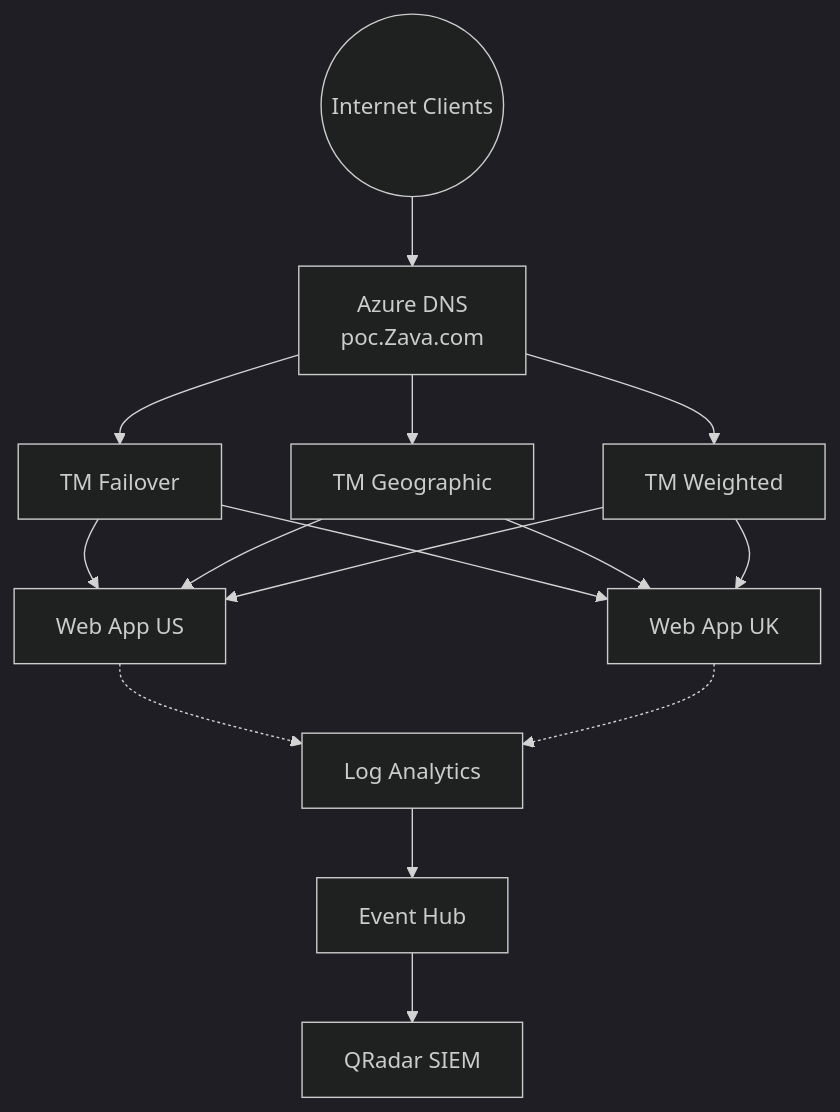
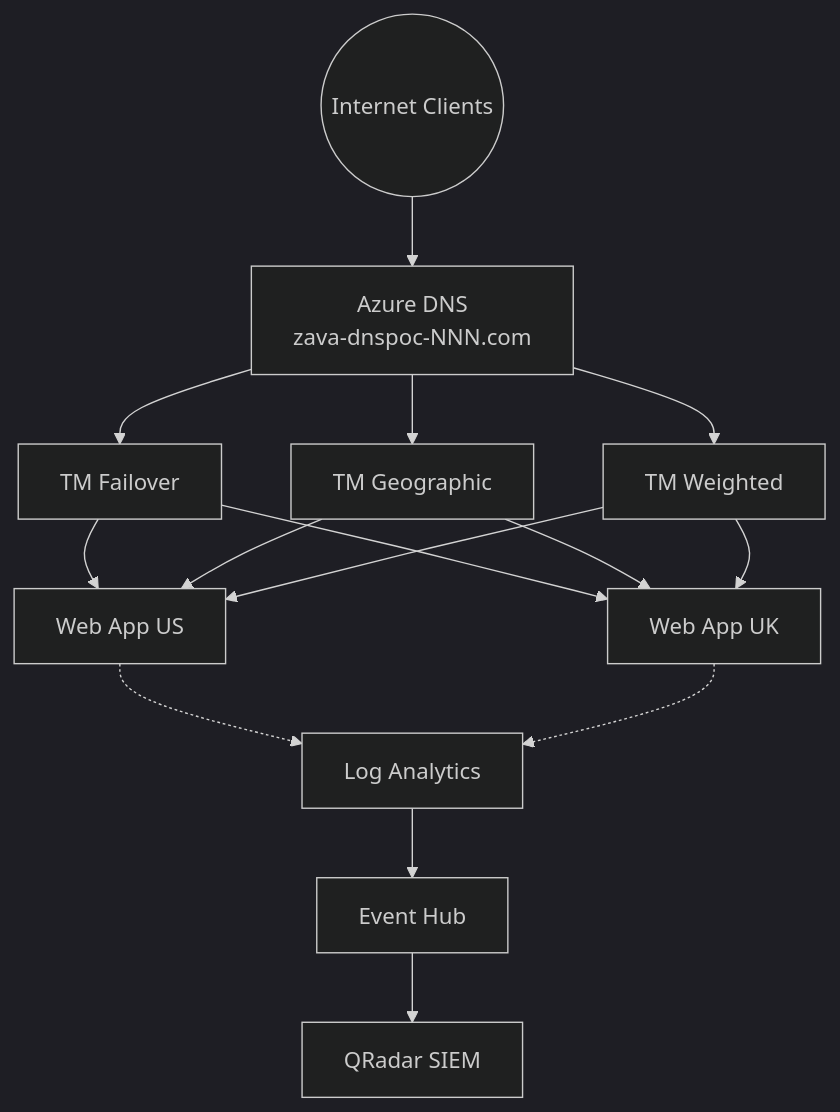
Before and after one commit to kimvaddi/Azure-DNS-POC-Accelerator: the diagram in README.md, drawn with Mermaid (dark theme). The commit also changed other lines of this file and 22 other files, not shown here.

````diff
--- a/README.md
+++ b/README.md
@@ -176,19 +252,19 @@
 ```mermaid
 graph TD
     CLIENTS(("Internet Clients"))
-    DNS["Azure DNS<br/>poc.Zava.com"]
+    DNS["Azure DNS<br/>zava-dnspoc-NNN.com"]
     TM_F["TM Failover"]
     TM_G["TM Geographic"]
     TM_W["TM Weighted"]
     WEB_US["Web App US"]
     WEB_UK["Web App UK"]
     LAW["Log Analytics"]
     EH["Event Hub"]
     QRADAR["QRadar SIEM"]
 
     CLIENTS --> DNS
     DNS --> TM_F & TM_G & TM_W
     TM_F & TM_G & TM_W --> WEB_US & WEB_UK
     WEB_US & WEB_UK -.-> LAW
     LAW --> EH --> QRADAR
 ```
````
